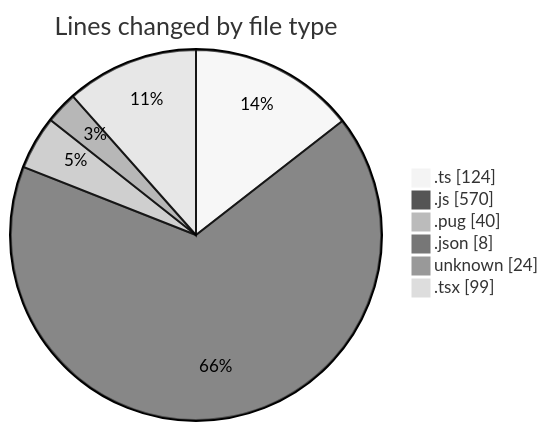
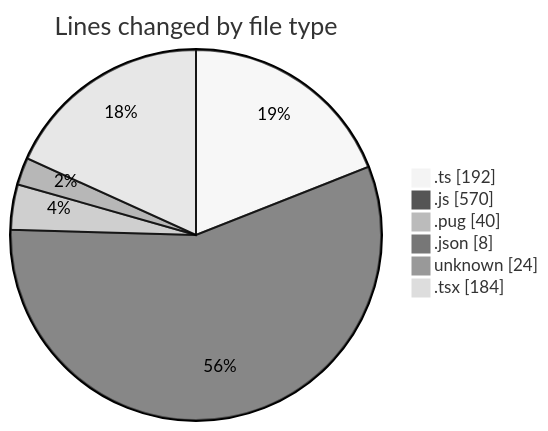
One commit to momahboobian/code-tracking changed the first of 2 diagrams in 2025-02-25/cda/README.md. Above: the diagram before and after it, drawn with Mermaid (neutral theme). The commit also changed other lines of this file and 1 other file, not shown here.

````diff
--- a/2025-02-25/cda/README.md
+++ b/2025-02-25/cda/README.md
@@ -29,10 +31,10 @@
 ```mermaid
 pie showData
 title Lines changed by file type
-".ts" : 124
+".ts" : 192
 ".js" : 570
 ".pug" : 40
 ".json" : 8
 "unknown" : 24
-".tsx" : 99
+".tsx" : 184
 ```
````
